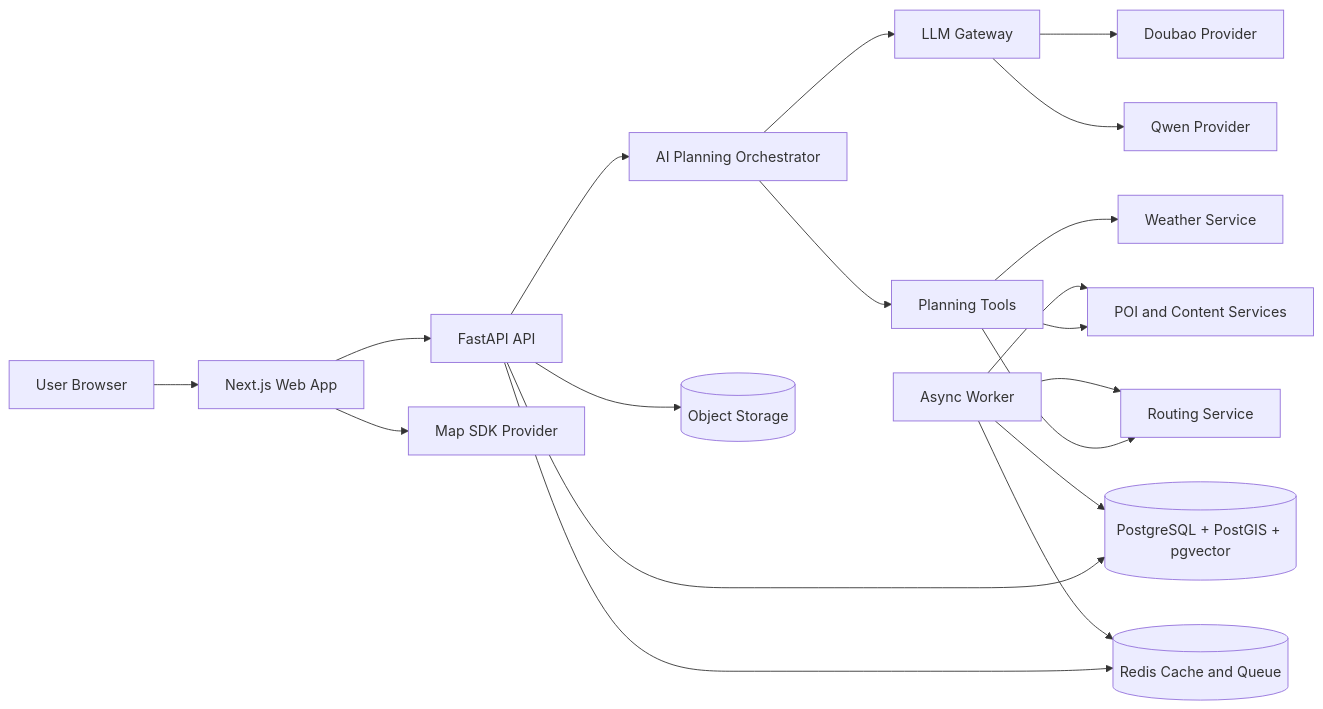
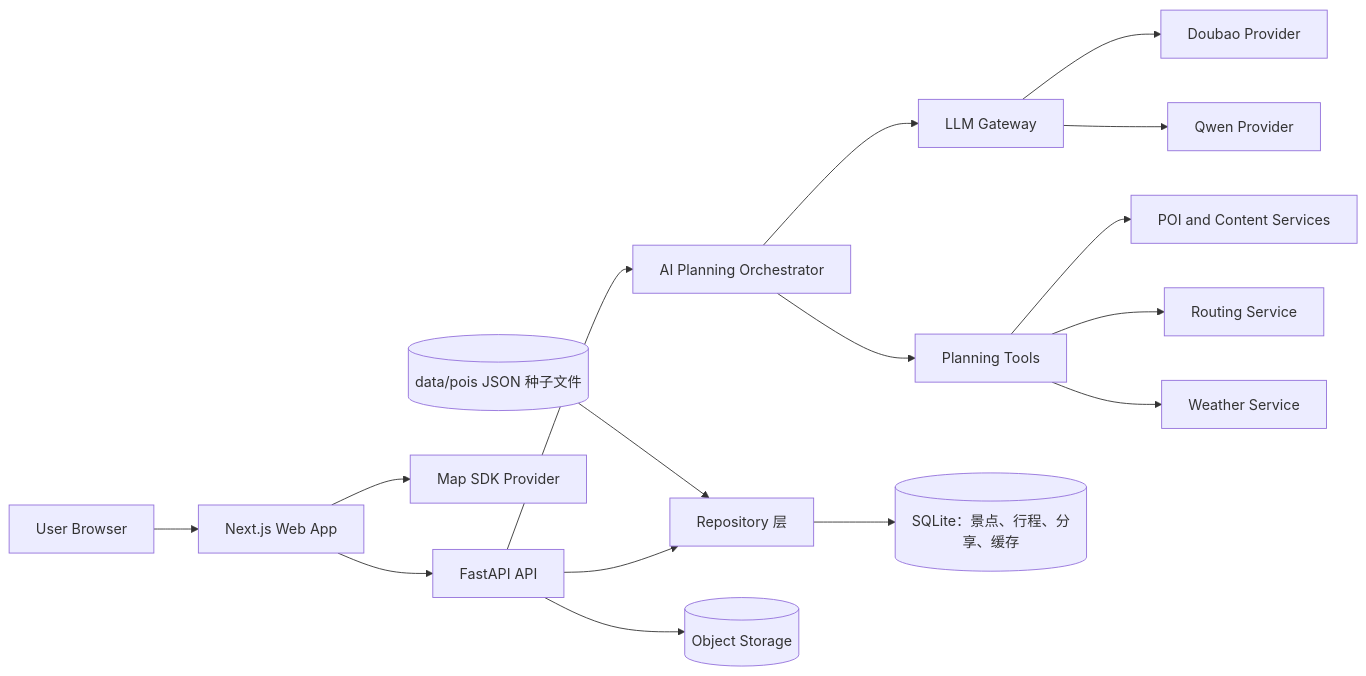
The diagram in docs/architecture/system-architecture.md (cecicai2026-code/WuhanMemory), drawn with Mermaid before and after one commit. The commit also changed 6 other files, not shown here.

First line of the commit message:
新增 ADR 0003：数据存储改用 JSON 种子文件 + SQLite，暂不使用 Redis

````diff
--- a/docs/architecture/system-architecture.md
+++ b/docs/architecture/system-architecture.md
@@ -5,21 +5,18 @@
 ```mermaid
 flowchart LR
   User[User Browser] --> Web[Next.js Web App]
   Web --> API[FastAPI API]
   Web --> MapSDK[Map SDK Provider]
   API --> Planner[AI Planning Orchestrator]
   Planner --> LLMGateway[LLM Gateway]
   LLMGateway --> Doubao[Doubao Provider]
   LLMGateway --> Qwen[Qwen Provider]
   Planner --> Tools[Planning Tools]
   Tools --> Poi[POI and Content Services]
   Tools --> Routing[Routing Service]
   Tools --> Weather[Weather Service]
-  API --> DB[(PostgreSQL + PostGIS + pgvector)]
-  API --> Redis[(Redis Cache and Queue)]
-  Worker[Async Worker] --> Redis
-  Worker --> DB
-  Worker --> Poi
-  Worker --> Routing
+  Seed[(data/pois JSON 种子文件)] --> Repo[Repository 层]
+  API --> Repo
+  Repo --> DB[(SQLite：景点、行程、分享、缓存)]
   API --> ObjectStore[(Object Storage)]
 ```
````
